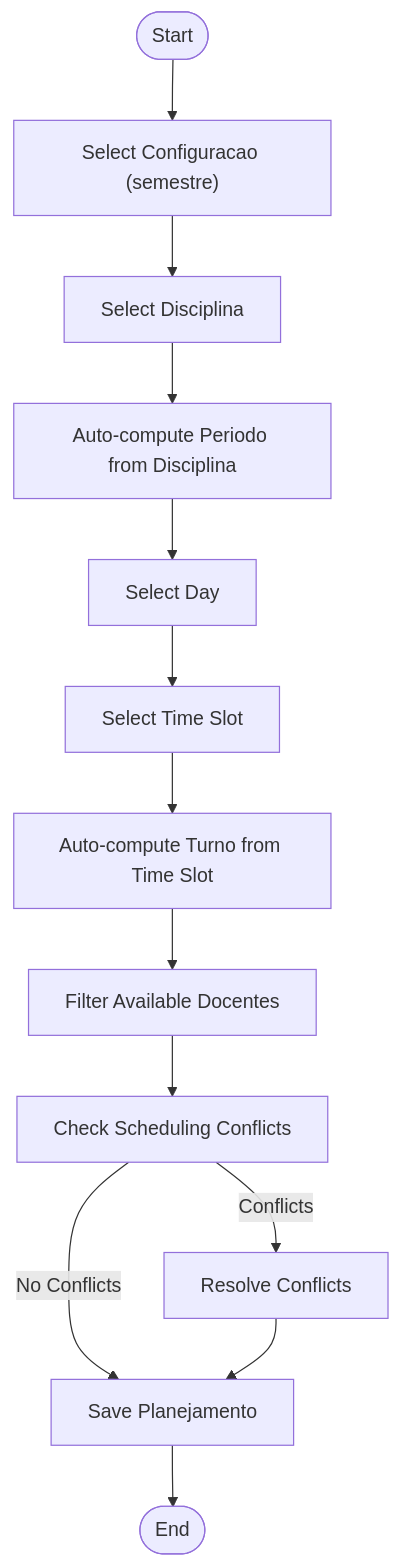
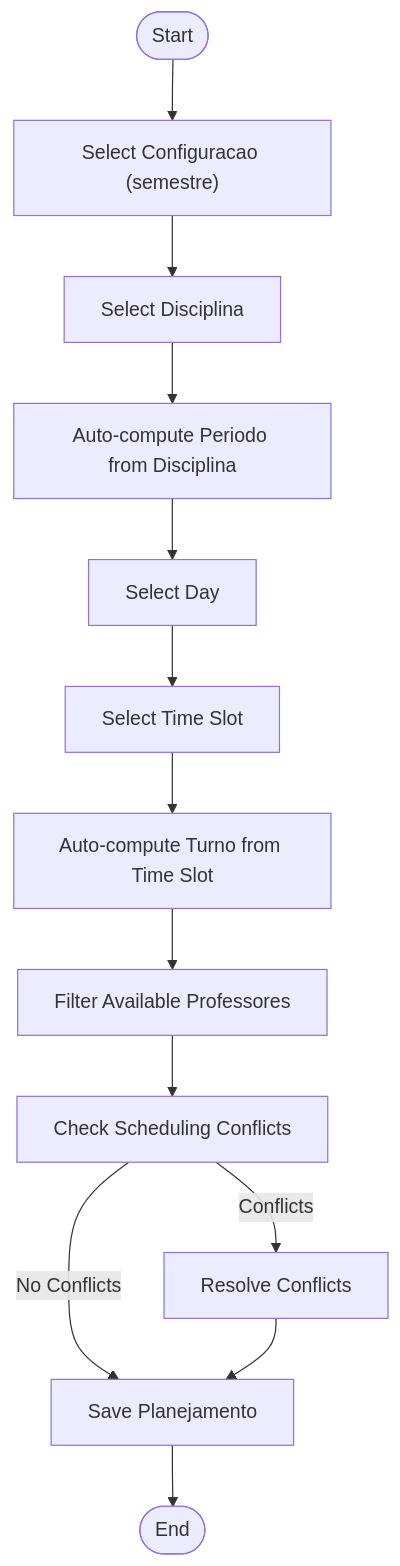
One commit to luiseduacosta/planejamento5 changed the third of 4 diagrams in .qoder/repowiki/en/content/Core Features/Academic Planning Management/Business Logic and Validation Rules.md. Above: the diagram before and after it, drawn with Mermaid. The commit also changed other lines of this file and 37 other files, not shown here.

Commit message:
repowiki: rename Docentes → Professores in metadata

````diff
--- a/.qoder/repowiki/en/content/Core Features/Academic Planning Management/Business Logic and Validation Rules.md
+++ b/.qoder/repowiki/en/content/Core Features/Academic Planning Management/Business Logic and Validation Rules.md
@@ -333,15 +333,15 @@
 ```mermaid
 flowchart TD
 Start(["Start"]) --> SelectConfig["Select Configuracao (semestre)"]
 SelectConfig --> SelectDisciplina["Select Disciplina"]
 SelectDisciplina --> AutoPeriodo["Auto-compute Periodo from Disciplina"]
 AutoPeriodo --> SelectDay["Select Day"]
 SelectDay --> SelectTime["Select Time Slot"]
 SelectTime --> AutoTurno["Auto-compute Turno from Time Slot"]
-AutoTurno --> FilterDocentes["Filter Available Docentes"]
-FilterDocentes --> CheckConflicts["Check Scheduling Conflicts"]
+AutoTurno --> FilterProfessores["Filter Available Professores"]
+FilterProfessores --> CheckConflicts["Check Scheduling Conflicts"]
 CheckConflicts --> |No Conflicts| Save["Save Planejamento"]
 CheckConflicts --> |Conflicts| Resolve["Resolve Conflicts"]
 Resolve --> Save
 Save --> End(["End"])
 ```
````
